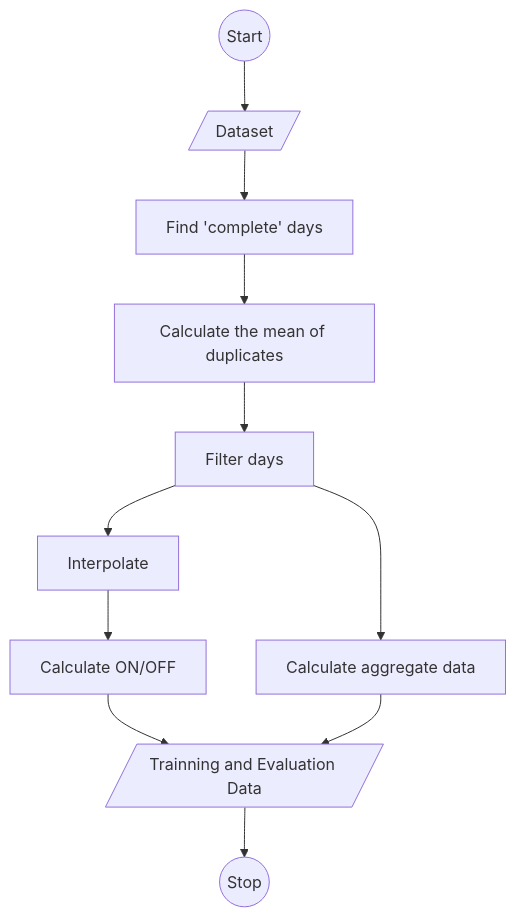
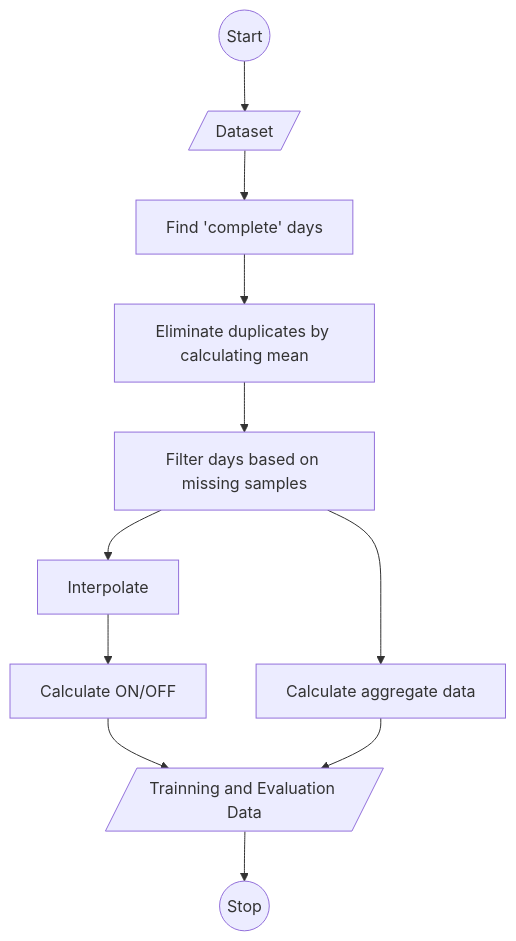
Before and after one commit to danctorres/nilm_industry: the second of 2 diagrams in README.md, drawn with Mermaid. The commit also changed other lines of this file, not shown here.

````diff
--- a/README.md
+++ b/README.md
@@ -60,15 +64,15 @@
 ```mermaid
 graph TB
     X((Start)) --> A
     A[/Dataset/] --> B[Find 'complete' days]
-    B --> C[Calculate the mean of duplicates]
-    C --> D[Filter days]
+    B --> C[Eliminate duplicates by calculating mean]
+    C --> D[Filter days based on missing samples]
     D --> E[Interpolate]
 
     E --> F[Calculate ON/OFF]
     F --> I[/Trainning and Evaluation Data/]
 
     D --> G[Calculate aggregate data]
     G --> I
     I --> Z((Stop))
 ``` 
````
